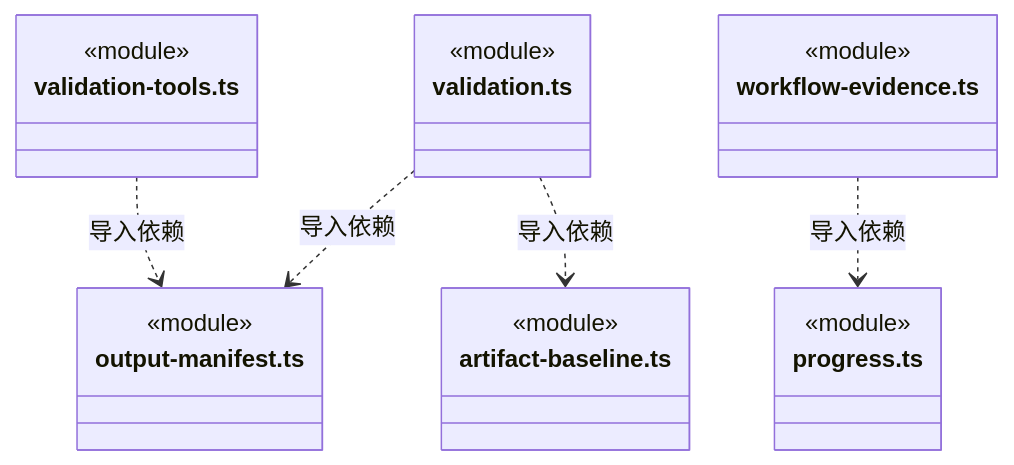
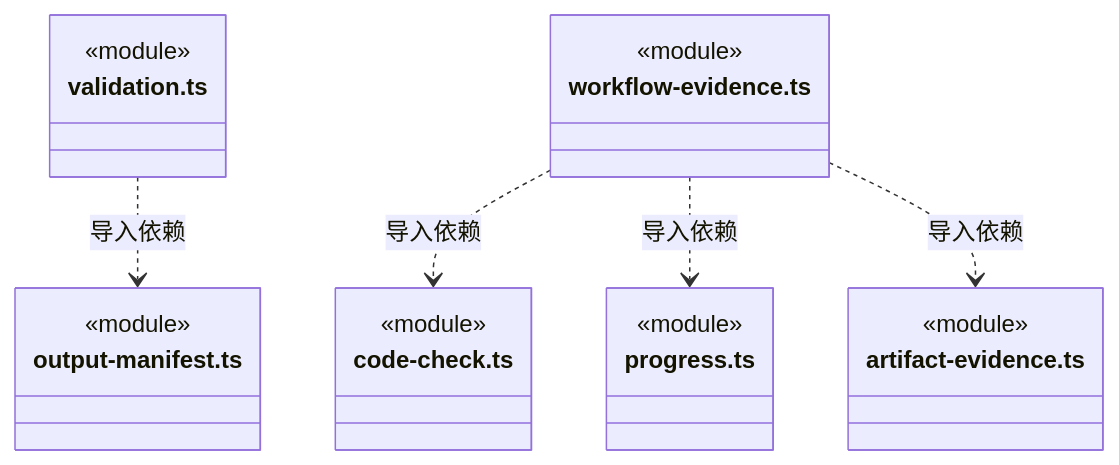
Before and after one commit to nan023062/cbim: diagram 44 of 46 in src/backend/core/evidence/ARCHITECTURE.md, drawn with Mermaid. The commit also changed other lines of this file and 130 other files, not shown here.

````diff
--- a/src/backend/core/evidence/ARCHITECTURE.md
+++ b/src/backend/core/evidence/ARCHITECTURE.md
@@ -820,25 +960,25 @@
 ```mermaid
 classDiagram
-class N_src_backend_core_evidence_validation_tools_ts["validation-tools.ts"] {
+class N_src_backend_core_evidence_validation_ts["validation.ts"] {
   <<module>>
 }
 class N_src_backend_core_evidence_output_manifest_ts["output-manifest.ts"] {
   <<module>>
 }
-class N_src_backend_core_evidence_validation_ts["validation.ts"] {
+class N_src_backend_core_evidence_workflow_evidence_ts["workflow-evidence.ts"] {
   <<module>>
 }
-class N_src_backend_core_evidence_artifact_baseline_ts["artifact-baseline.ts"] {
-  <<module>>
-}
-class N_src_backend_core_evidence_workflow_evidence_ts["workflow-evidence.ts"] {
+class N_src_backend_core_evidence_code_check_ts["code-check.ts"] {
   <<module>>
 }
 class N_src_backend_core_evidence_progress_ts["progress.ts"] {
   <<module>>
 }
-N_src_backend_core_evidence_validation_tools_ts ..> N_src_backend_core_evidence_output_manifest_ts : 导入依赖
-N_src_backend_core_evidence_validation_ts ..> N_src_backend_core_evidence_artifact_baseline_ts : 导入依赖
+class N_src_backend_core_evidence_artifact_evidence_ts["artifact-evidence.ts"] {
+  <<module>>
+}
 N_src_backend_core_evidence_validation_ts ..> N_src_backend_core_evidence_output_manifest_ts : 导入依赖
+N_src_backend_core_evidence_workflow_evidence_ts ..> N_src_backend_core_evidence_code_check_ts : 导入依赖
 N_src_backend_core_evidence_workflow_evidence_ts ..> N_src_backend_core_evidence_progress_ts : 导入依赖
+N_src_backend_core_evidence_workflow_evidence_ts ..> N_src_backend_core_evidence_artifact_evidence_ts : 导入依赖
 ```
````
